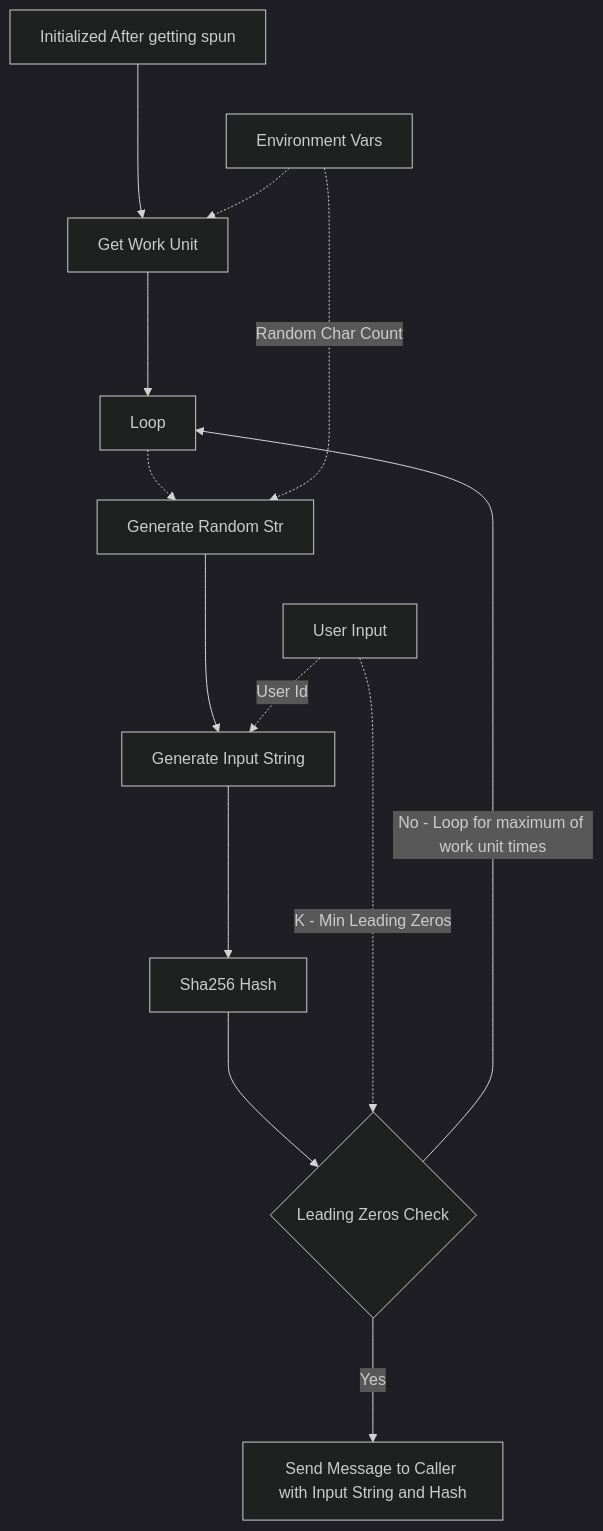
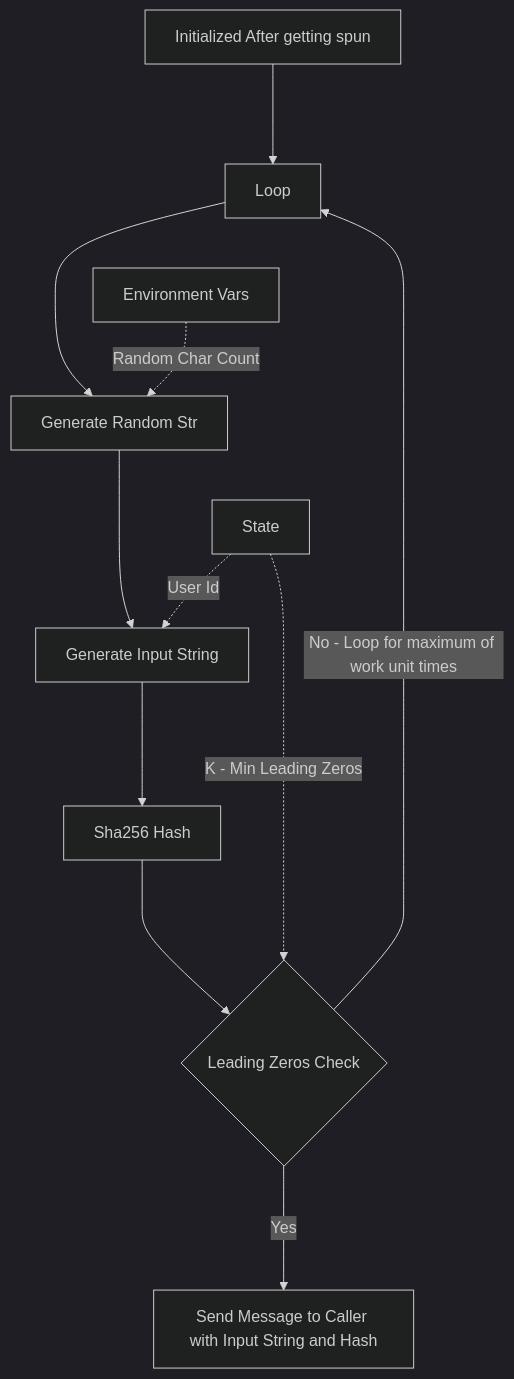
One commit to GANES1998/Bitcoin-Miner changed the third of 3 diagrams in Readme.md. Above: the diagram before and after it, drawn with Mermaid (dark theme). The commit also changed other lines of this file and 3 other files, not shown here.

````diff
--- a/Readme.md
+++ b/Readme.md
@@ -55,15 +60,13 @@
 ```mermaid
 graph TB;
-    A[Initialized After getting spun] ---> B[Get Work Unit];
-    C[Environment Vars] -.-> B;
-    B ---> D[Loop];
-    D -.-> E[Generate Random Str];
-    C -.-> |Random Char Count| E;
+    A[Initialized After getting spun] ---> D[Loop];
+    D ---> E[Generate Random Str];
+    C[Environment Vars] -.-> |Random Char Count| E;
     E ---> F[Generate Input String];
-    G[User Input] -.-> |User Id| F;
+    G[State] -.-> |User Id| F;
     F ---> H[Sha256 Hash];
     H ---> I{Leading Zeros Check};
     G -.-> |K - Min Leading Zeros| I;
     I ---> |Yes| J[Send Message to Caller with Input String and Hash];
     I ---> |No - Loop for maximum of work unit times| D;
 ```
````
